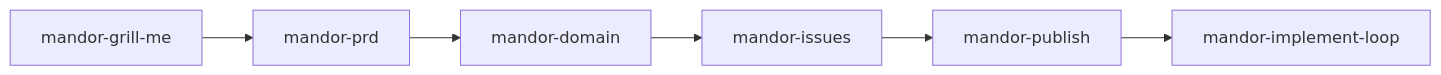
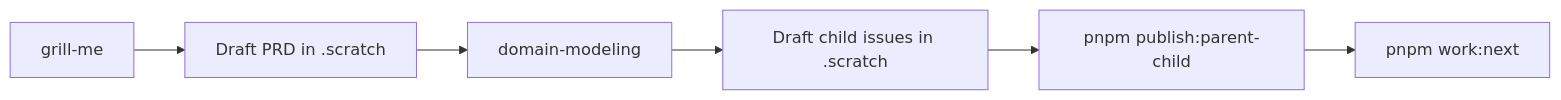
Before and after one commit to achmadya-dev/mandor-plate: the diagram in docs/examples/account-status-chip/README.md, drawn with Mermaid. The commit also changed other lines of this file and 3 other files, not shown here.

````diff
--- a/docs/examples/account-status-chip/README.md
+++ b/docs/examples/account-status-chip/README.md
@@ -34,8 +34,8 @@
 ```mermaid
 flowchart LR
-  G[mandor-grill-me] --> P[mandor-prd]
-  P --> D[mandor-domain]
-  D --> I[mandor-issues]
-  I --> Pub[mandor-publish]
-  Pub --> L[mandor-implement-loop]
+  G[grill-me] --> P[Draft PRD in .scratch]
+  P --> D[domain-modeling]
+  D --> I[Draft child issues in .scratch]
+  I --> Pub[pnpm publish:parent-child]
+  Pub --> L[pnpm work:next]
 ```
````
